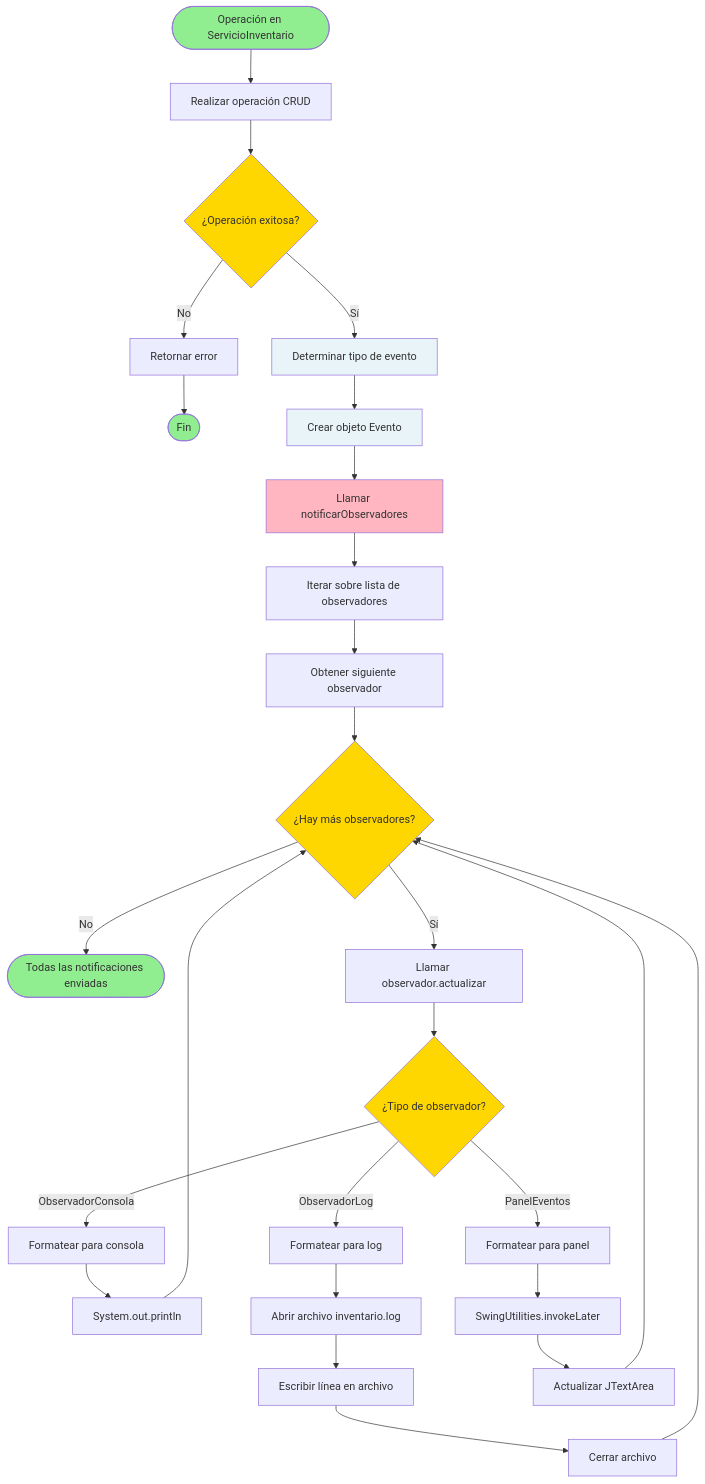
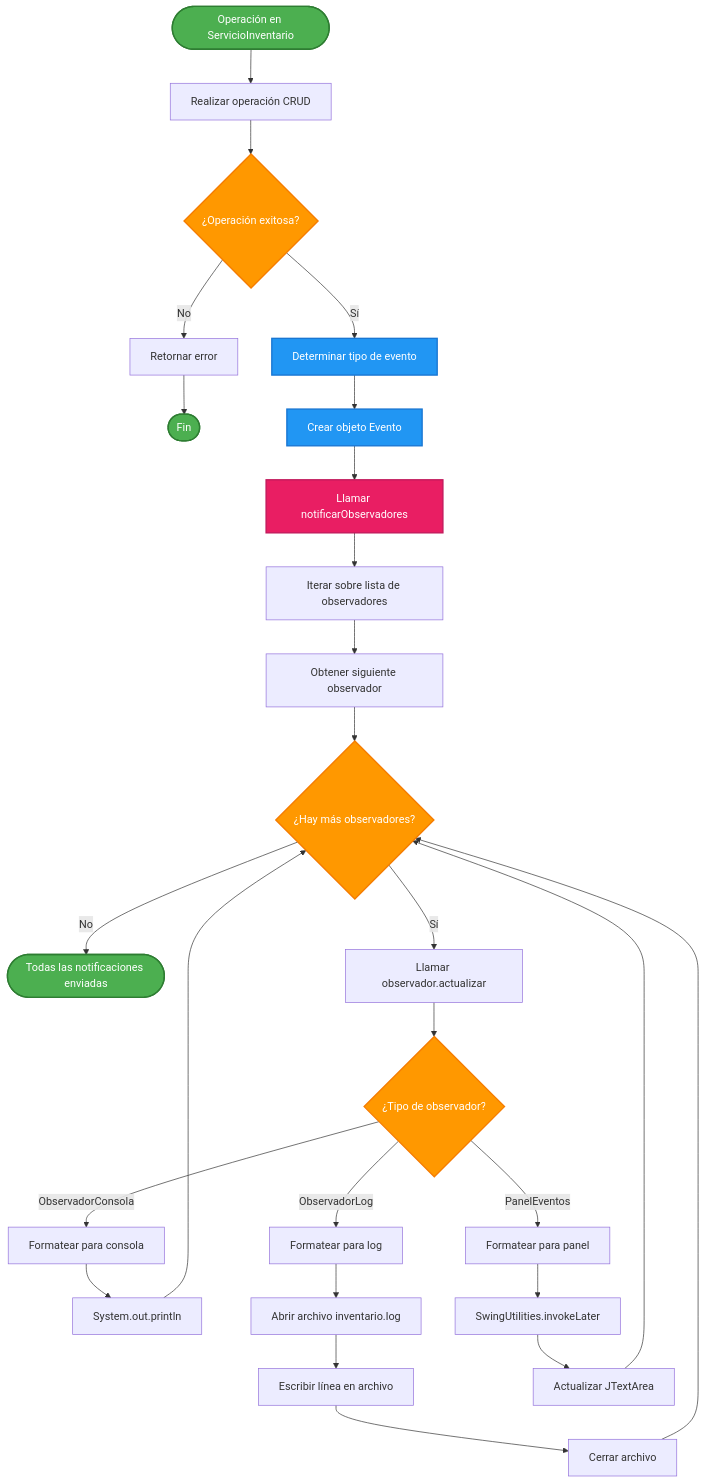
The fifth of 6 diagrams in Dfd.md (EduardoMorales-05/LP3-G04-SG03), drawn with Mermaid before and after one commit. The commit also changed other lines of this file, not shown here.

````diff
--- a/Dfd.md
+++ b/Dfd.md
@@ -175,38 +175,38 @@
 ```mermaid
 flowchart TD
     Start([Operación en ServicioInventario]) --> RealizarOperacion[Realizar operación CRUD]
     RealizarOperacion --> OperacionExitosa{¿Operación exitosa?}
     OperacionExitosa -->|No| RetornarError[Retornar error]
     RetornarError --> End1([Fin])
     OperacionExitosa -->|Sí| DeterminarTipo[Determinar tipo de evento]
     DeterminarTipo --> CrearEvento[Crear objeto Evento]
     CrearEvento --> LlamarNotificar[Llamar notificarObservadores]
     LlamarNotificar --> IterarObservadores[Iterar sobre lista de observadores]
     IterarObservadores --> ObtenerObservador[Obtener siguiente observador]
     ObtenerObservador --> HayMas{¿Hay más observadores?}
     HayMas -->|No| End2([Todas las notificaciones enviadas])
     HayMas -->|Sí| LlamarActualizar[Llamar observador.actualizar]
     LlamarActualizar --> TipoObservador{¿Tipo de observador?}
     TipoObservador -->|ObservadorConsola| ProcesarConsola[Formatear para consola]
     ProcesarConsola --> ImprimirConsola[System.out.println]
     ImprimirConsola --> HayMas
     TipoObservador -->|ObservadorLog| ProcesarLog[Formatear para log]
     ProcesarLog --> AbrirArchivo[Abrir archivo inventario.log]
     AbrirArchivo --> EscribirLog[Escribir línea en archivo]
     EscribirLog --> CerrarArchivo[Cerrar archivo]
     CerrarArchivo --> HayMas
     TipoObservador -->|PanelEventos| ProcesarPanel[Formatear para panel]
     ProcesarPanel --> InvokeLater[SwingUtilities.invokeLater]
     InvokeLater --> ActualizarTextArea[Actualizar JTextArea]
     ActualizarTextArea --> HayMas
     
-    style Start fill:#90EE90
-    style End1 fill:#90EE90
-    style End2 fill:#90EE90
-    style OperacionExitosa fill:#FFD700
-    style HayMas fill:#FFD700
-    style TipoObservador fill:#FFD700
-    style LlamarNotificar fill:#FFB6C1
-    style DeterminarTipo fill:#E8F4F8
-    style CrearEvento fill:#E8F4F8
+    style Start fill:#4CAF50,stroke:#2E7D32,stroke-width:2px,color:#fff
+    style End1 fill:#4CAF50,stroke:#2E7D32,stroke-width:2px,color:#fff
+    style End2 fill:#4CAF50,stroke:#2E7D32,stroke-width:2px,color:#fff
+    style OperacionExitosa fill:#FF9800,stroke:#F57C00,stroke-width:2px,color:#fff
+    style HayMas fill:#FF9800,stroke:#F57C00,stroke-width:2px,color:#fff
+    style TipoObservador fill:#FF9800,stroke:#F57C00,stroke-width:2px,color:#fff
+    style LlamarNotificar fill:#E91E63,stroke:#C2185B,stroke-width:2px,color:#fff
+    style DeterminarTipo fill:#2196F3,stroke:#1976D2,stroke-width:2px,color:#fff
+    style CrearEvento fill:#2196F3,stroke:#1976D2,stroke-width:2px,color:#fff
 ```
````
